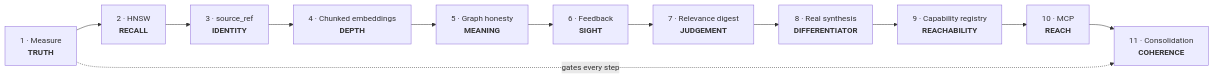
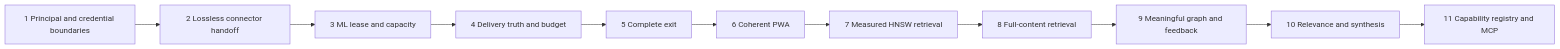
One commit to pkirsanov/smackerel changed the diagram in docs/Product_Direction_2026-07-31.md. Above: the diagram before and after it, drawn with Mermaid. The commit also changed other lines of this file, not shown here.

````diff
--- a/docs/Product_Direction_2026-07-31.md
+++ b/docs/Product_Direction_2026-07-31.md
@@ -355,14 +367,13 @@
 ```mermaid
 graph LR
-    S1["1 · Measure<br/><b>TRUTH</b>"] --> S2["2 · HNSW<br/><b>RECALL</b>"]
-    S2 --> S3["3 · source_ref<br/><b>IDENTITY</b>"]
-    S3 --> S4["4 · Chunked embeddings<br/><b>DEPTH</b>"]
-    S4 --> S5["5 · Graph honesty<br/><b>MEANING</b>"]
-    S5 --> S6["6 · Feedback<br/><b>SIGHT</b>"]
-    S6 --> S7["7 · Relevance digest<br/><b>JUDGEMENT</b>"]
-    S7 --> S8["8 · Real synthesis<br/><b>DIFFERENTIATOR</b>"]
-    S8 --> S9["9 · Capability registry<br/><b>REACHABILITY</b>"]
-    S9 --> S10["10 · MCP<br/><b>REACH</b>"]
-    S10 --> S11["11 · Consolidation<br/><b>COHERENCE</b>"]
-    S1 -.->|gates every step| S11
+    S1["1 Principal and credential boundaries"] --> S2["2 Lossless connector handoff"]
+    S2 --> S3["3 ML lease and capacity"]
+    S3 --> S4["4 Delivery truth and budget"]
+    S4 --> S5["5 Complete exit"]
+    S5 --> S6["6 Coherent PWA"]
+    S6 --> S7["7 Measured HNSW retrieval"]
+    S7 --> S8["8 Full-content retrieval"]
+    S8 --> S9["9 Meaningful graph and feedback"]
+    S9 --> S10["10 Relevance and synthesis"]
+    S10 --> S11["11 Capability registry and MCP"]
 ```
````
